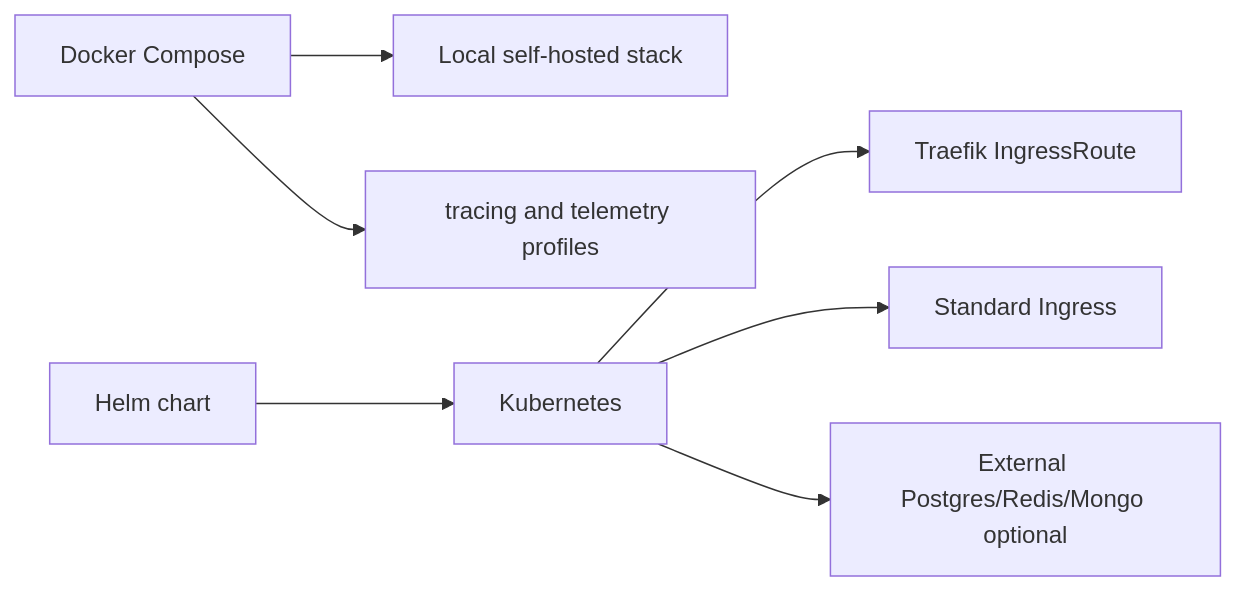
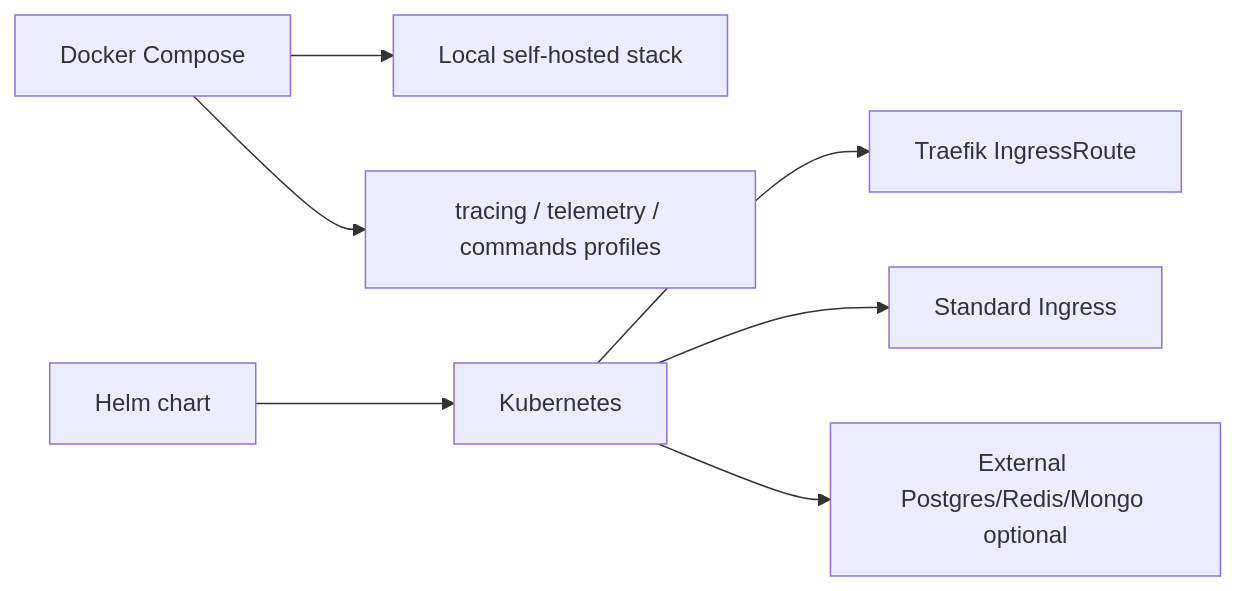
Before and after one commit to ev-dev-labs/teslasync: the eighth of 8 diagrams in docs/guide/diagrams.md, drawn with Mermaid. The commit also changed other lines of this file and 35 other files, not shown here.

````diff
--- a/docs/guide/diagrams.md
+++ b/docs/guide/diagrams.md
@@ -101,9 +156,9 @@
 ```mermaid
 graph LR
     Compose[Docker Compose] --> Local[Local self-hosted stack]
     Helm[Helm chart] --> K8s[Kubernetes]
     K8s --> Traefik[Traefik IngressRoute]
     K8s --> StandardIngress[Standard Ingress]
     K8s --> ExternalDB[External Postgres/Redis/Mongo optional]
-    Compose --> Profiles[tracing and telemetry profiles]
+    Compose --> Profiles[tracing / telemetry / commands profiles]
 ```
````
